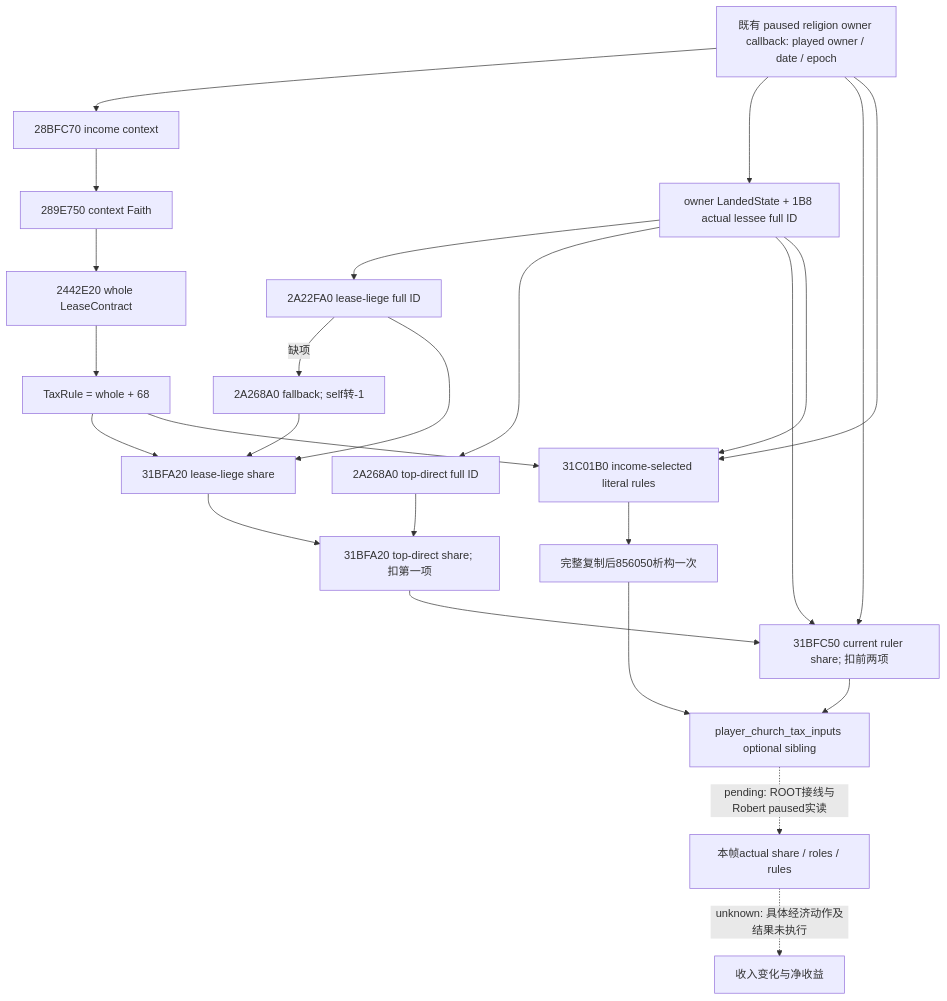
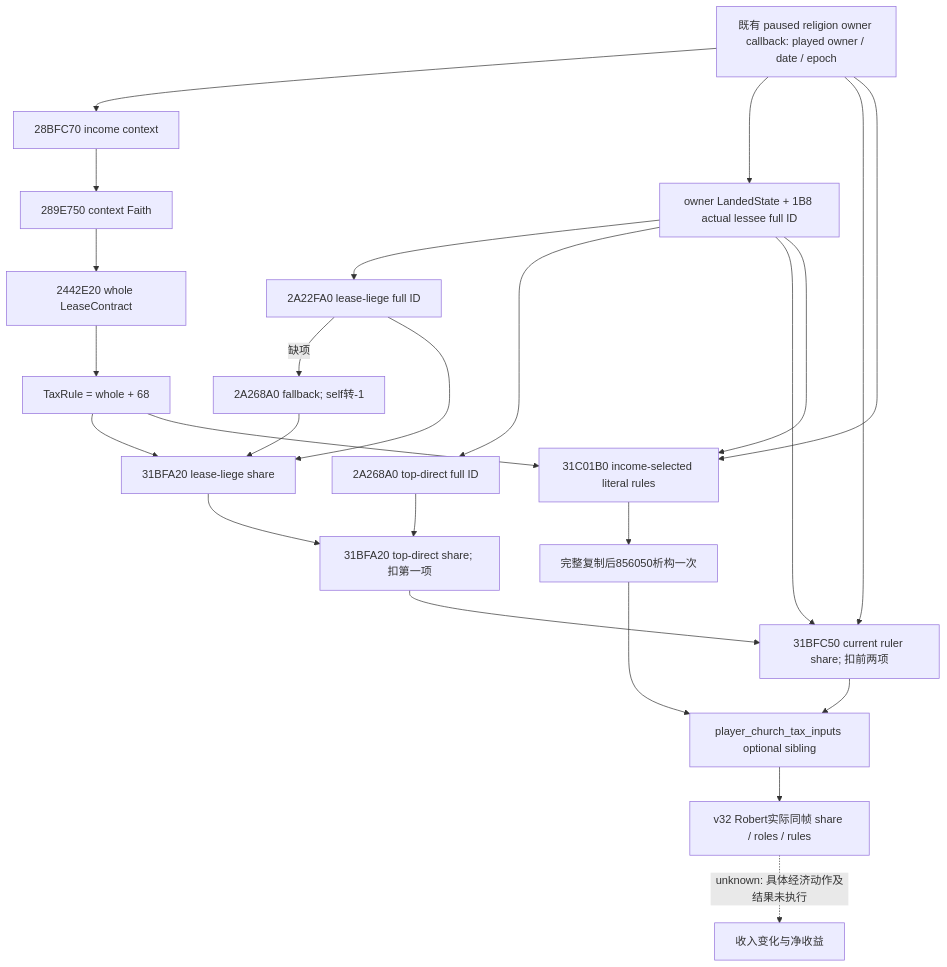
The diagram in docs/ck3-native-ai/religion-church-tax-inputs-readonly-leaf-12003.md (XenoAmess/ck3_eternal_recurrence), drawn with Mermaid before and after one commit. The commit also changed other lines of this file and 14 other files, not shown here.

````diff
--- a/docs/ck3-native-ai/religion-church-tax-inputs-readonly-leaf-12003.md
+++ b/docs/ck3-native-ai/religion-church-tax-inputs-readonly-leaf-12003.md
@@ -37,27 +37,27 @@
 ```mermaid
 flowchart TD
     A[既有 paused religion owner callback: played owner / date / epoch] --> C[28BFC70 income context]
     C --> F[289E750 context Faith]
     F --> W[2442E20 whole LeaseContract]
     W --> R[TaxRule = whole + 68]
     A --> L[owner LandedState + 1B8 actual lessee full ID]
     L --> H[2A22FA0 lease-liege full ID]
     H -->|缺项| FB[2A268A0 fallback; self转-1]
     L --> T[2A268A0 top-direct full ID]
     R --> S1[31BFA20 lease-liege share]
     H --> S1
     FB --> S1
     S1 --> S2[31BFA20 top-direct share; 扣第一项]
     T --> S2
     S2 --> S3[31BFC50 current ruler share; 扣前两项]
     A --> S3
     L --> S3
     R --> TXT[31C01B0 income-selected literal rules]
     A --> TXT
     L --> TXT
     TXT --> COPY[完整复制后856050析构一次]
     S3 --> OPT[player_church_tax_inputs optional sibling]
     COPY --> OPT
-    OPT -. pending: ROOT接线与Robert paused实读 .-> LIVE[本帧actual share / roles / rules]
+    OPT --> LIVE[v32 Robert实际同帧 share / roles / rules]
     LIVE -. unknown: 具体经济动作及结果未执行 .-> GAIN[收入变化与净收益]
 ```
````
